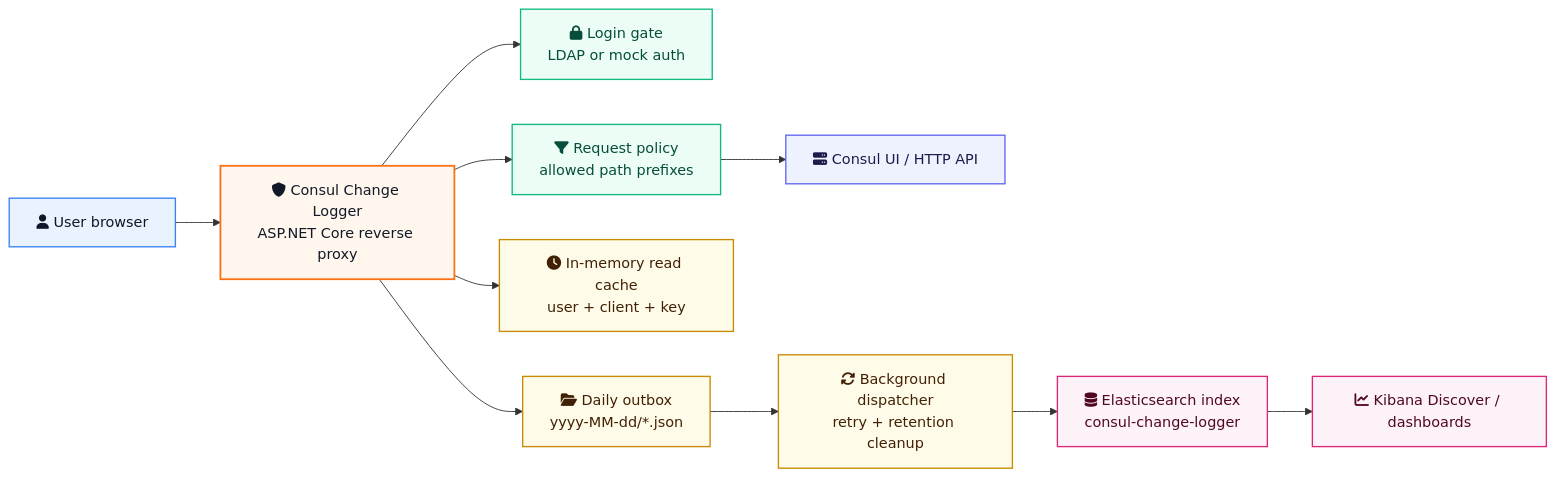
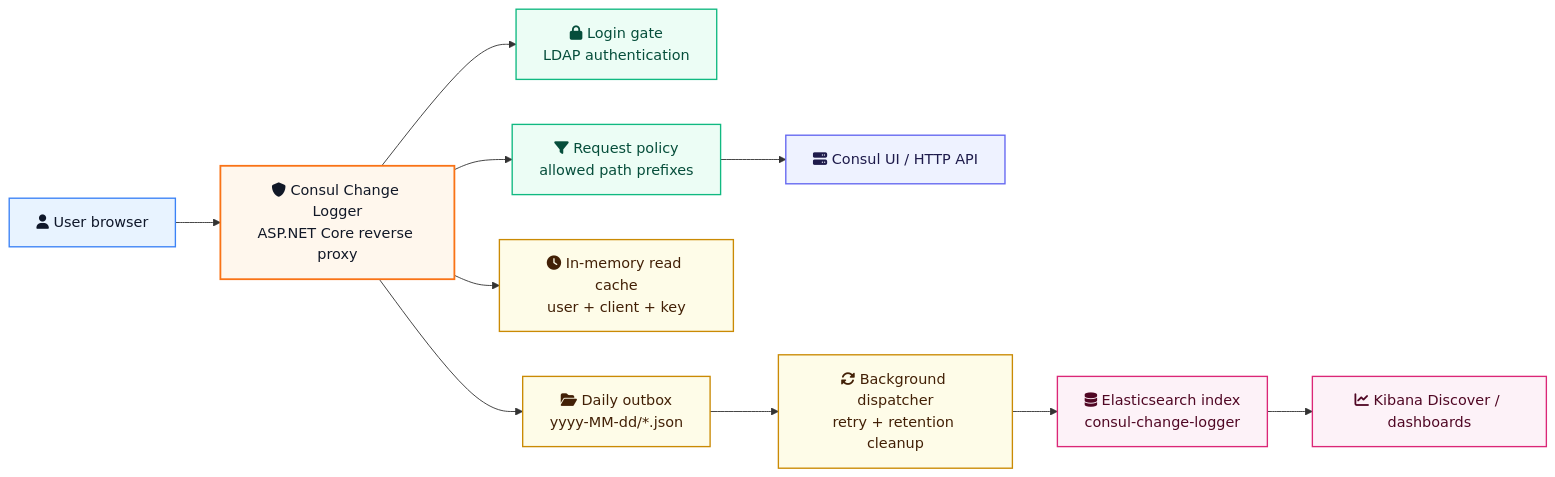
The first of 3 diagrams in docs/architecture.md (sinanakyazici/ConsulChangeLogger), drawn with Mermaid before and after one commit. The commit also changed other lines of this file and 36 other files, not shown here.

````diff
--- a/docs/architecture.md
+++ b/docs/architecture.md
@@ -5,37 +5,37 @@
 ```mermaid
 flowchart LR
     browser["fa:fa-user User browser"]
     proxy["fa:fa-shield Consul Change Logger<br/>ASP.NET Core reverse proxy"]
-    auth["fa:fa-lock Login gate<br/>LDAP or mock auth"]
+    auth["fa:fa-lock Login gate<br/>LDAP authentication"]
     policy["fa:fa-filter Request policy<br/>allowed path prefixes"]
     consul["fa:fa-server Consul UI / HTTP API"]
     readcache["fa:fa-clock In-memory read cache<br/>user + client + key"]
     outbox["fa:fa-folder-open Daily outbox<br/>yyyy-MM-dd/*.json"]
     dispatcher["fa:fa-rotate Background dispatcher<br/>retry + retention cleanup"]
     elastic["fa:fa-database Elasticsearch index<br/>consul-change-logger"]
     kibana["fa:fa-chart-line Kibana Discover / dashboards"]
 
     browser --> proxy
     proxy --> auth
     proxy --> policy
     policy --> consul
     proxy --> readcache
     proxy --> outbox
     outbox --> dispatcher
     dispatcher --> elastic
     elastic --> kibana
 
     classDef userNode fill:#E8F3FF,stroke:#3B82F6,color:#0F172A,stroke-width:1.5px
     classDef proxyNode fill:#FFF7ED,stroke:#F97316,color:#111827,stroke-width:2px
     classDef securityNode fill:#ECFDF5,stroke:#10B981,color:#064E3B,stroke-width:1.5px
     classDef consulNode fill:#EEF2FF,stroke:#6366F1,color:#1E1B4B,stroke-width:1.5px
     classDef storageNode fill:#FEFCE8,stroke:#CA8A04,color:#422006,stroke-width:1.5px
     classDef observeNode fill:#FDF2F8,stroke:#DB2777,color:#500724,stroke-width:1.5px
 
     class browser userNode
     class proxy proxyNode
     class auth,policy securityNode
     class consul consulNode
     class readcache,outbox,dispatcher storageNode
     class elastic,kibana observeNode
 ```
````
